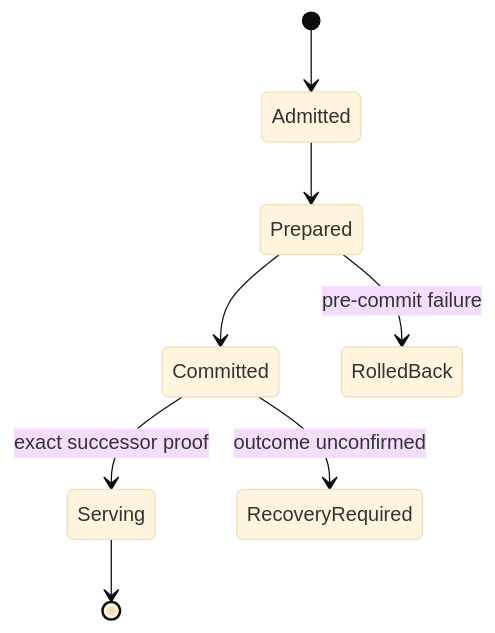
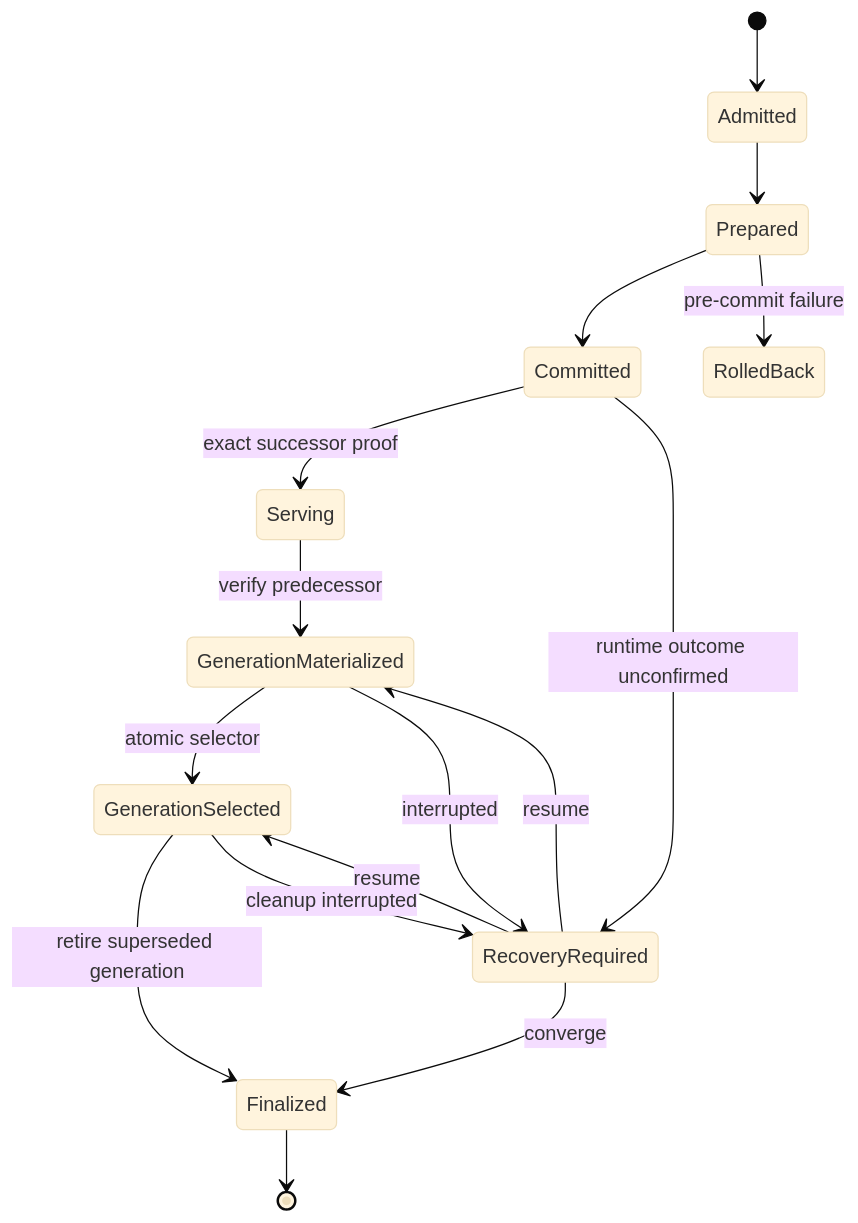
One commit to HengYangDS/codex-responses-proxy changed the fifth of 5 diagrams in docs/architecture/authority-and-runtime-boundary.md. Above: the diagram before and after it, drawn with Mermaid (base theme). The commit also changed other lines of this file and 32 other files, not shown here.

````diff
--- a/docs/architecture/authority-and-runtime-boundary.md
+++ b/docs/architecture/authority-and-runtime-boundary.md
@@ -165,10 +165,18 @@
 ```mermaid
 stateDiagram-v2
     [*] --> Admitted
     Admitted --> Prepared
     Prepared --> Committed
     Committed --> Serving: exact successor proof
-    Committed --> RecoveryRequired: outcome unconfirmed
+    Serving --> GenerationMaterialized: verify predecessor
+    GenerationMaterialized --> GenerationSelected: atomic selector
+    GenerationSelected --> Finalized: retire superseded generation
+    Committed --> RecoveryRequired: runtime outcome unconfirmed
+    GenerationMaterialized --> RecoveryRequired: interrupted
+    GenerationSelected --> RecoveryRequired: cleanup interrupted
+    RecoveryRequired --> GenerationMaterialized: resume
+    RecoveryRequired --> GenerationSelected: resume
+    RecoveryRequired --> Finalized: converge
     Prepared --> RolledBack: pre-commit failure
-    Serving --> [*]
+    Finalized --> [*]
 ```
````
